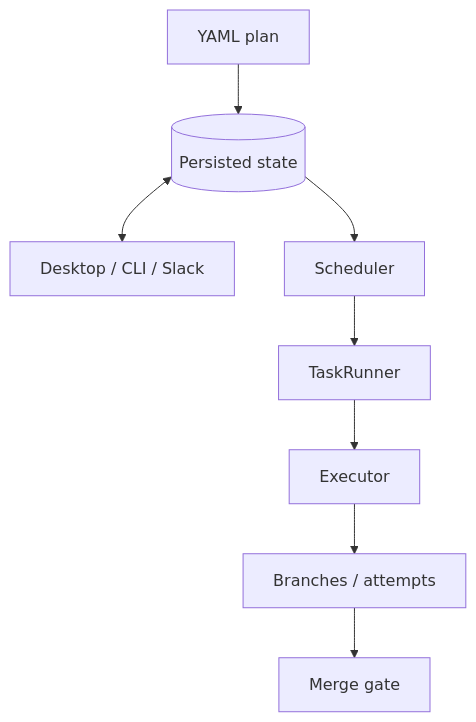
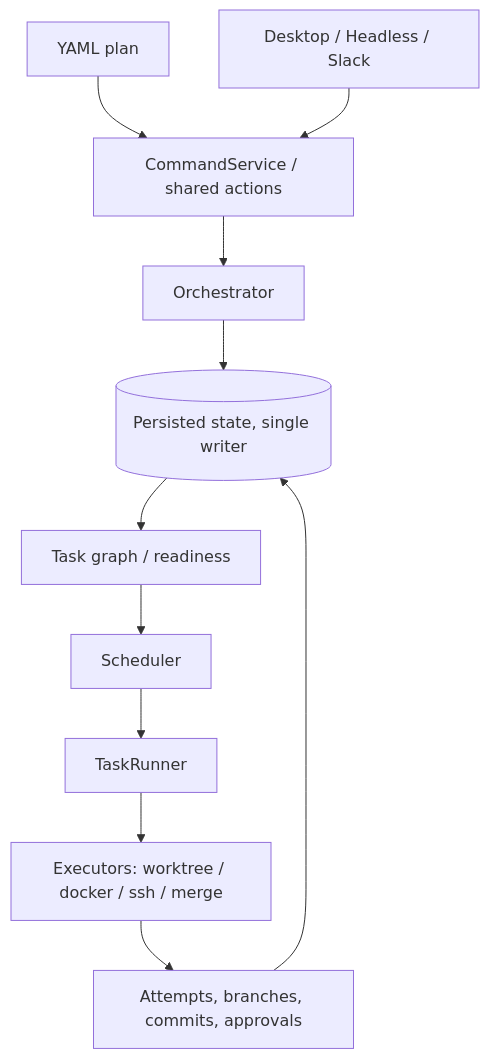
The diagram in README.md (EdbertChan/Invoker), drawn with Mermaid before and after one commit. The commit also changed other lines of this file and 3 other files, not shown here.

````diff
--- a/README.md
+++ b/README.md
@@ -72,6 +86,13 @@
 ```mermaid
 flowchart TB
-  YAML["YAML plan"] --> DB[(Persisted state)]
-  DB <--> S["Desktop / CLI / Slack"]
-  DB --> Q["Scheduler"] --> TR["TaskRunner"] --> E["Executor"] --> B["Branches / attempts"] --> M["Merge gate"]
+  Y["YAML plan"] --> C["CommandService / shared actions"]
+  S["Desktop / Headless / Slack"] --> C
+  C --> O["Orchestrator"]
+  O --> DB[(Persisted state, single writer)]
+  DB --> G["Task graph / readiness"]
+  G --> Q["Scheduler"]
+  Q --> TR["TaskRunner"]
+  TR --> E["Executors: worktree / docker / ssh / merge"]
+  E --> A["Attempts, branches, commits, approvals"]
+  A --> DB
 ```
````
